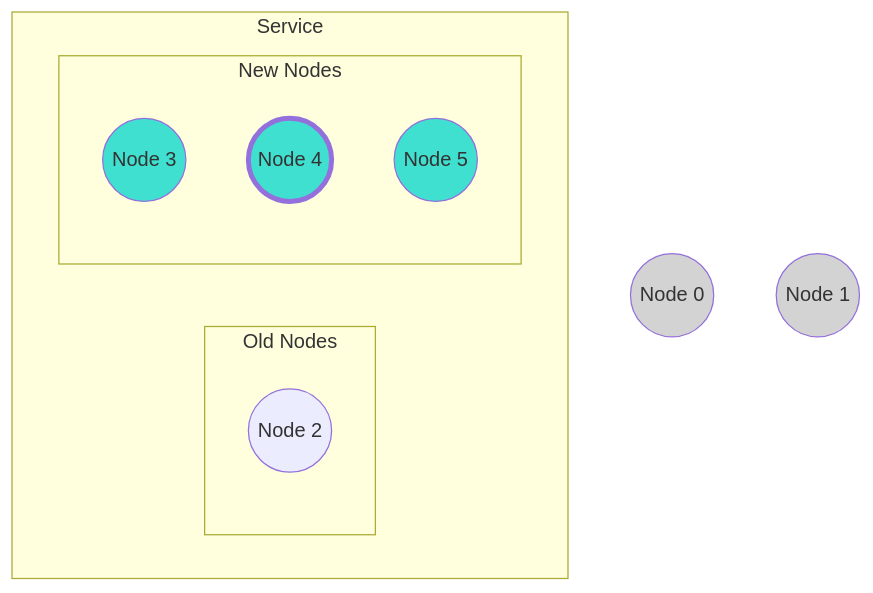
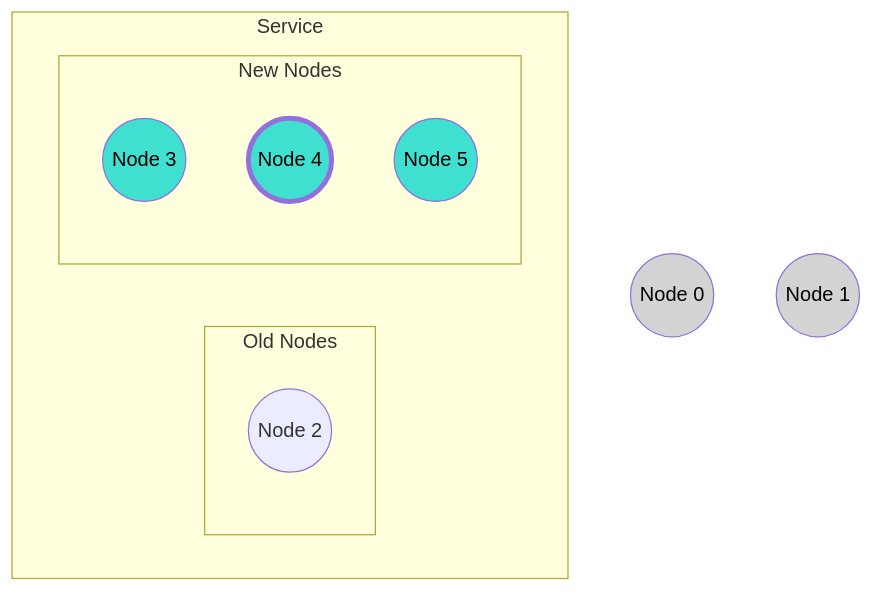
The fourth of 6 diagrams in doc/operations/code_upgrade.rst (microsoft/CCF), drawn with Mermaid before and after one commit. The commit also changed other lines of this file and 17 other files, not shown here.

First line of the commit message:
Migrate Sphinx diagrams to Pele

```diff
--- a/doc/operations/code_upgrade.rst
+++ b/doc/operations/code_upgrade.rst
@@ -104,27 +104,27 @@
 .. mermaid::
 
     graph TB;
-        classDef NewNode fill:Turquoise
-        classDef RetiredNode fill:LightGray
+        classDef NewNode fill:Turquoise,color:black
+        classDef RetiredNode fill:LightGray,color:black
         classDef Primary stroke-width:4px
 
         Node0((Node 0))
         Node1((Node 1))
         class Node0 RetiredNode
         class Node1 RetiredNode
 
         subgraph Service
             subgraph Old Nodes
                 Node2((Node 2))
             end
 
             subgraph New Nodes
                 Node3((Node 3))
                 Node4((Node 4))
                 class Node4 Primary
                 Node5((Node 5))
                 class Node3 NewNode
                 class Node4 NewNode
                 class Node5 NewNode
             end
         end
```
